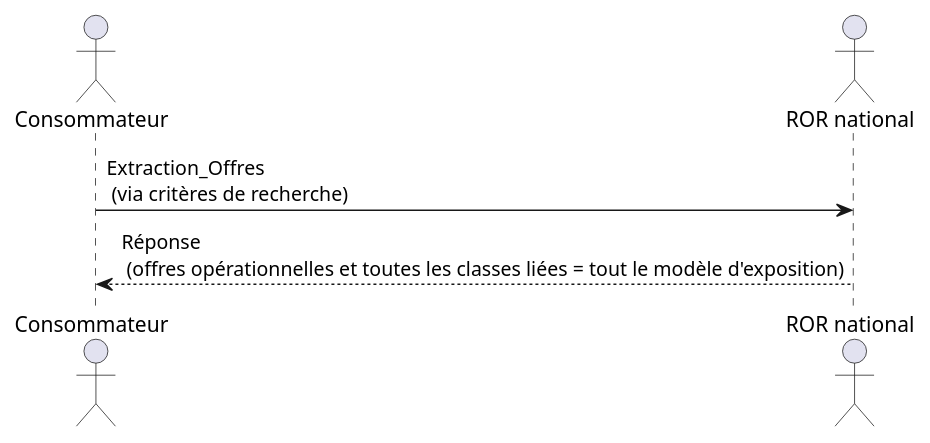
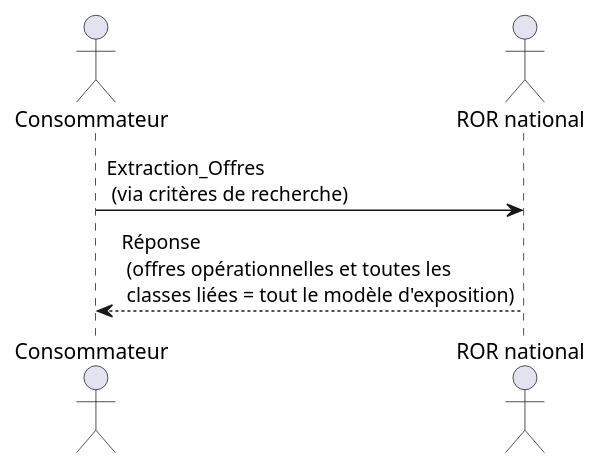
The diagram in input/images-source/extraction_offre_complete.plantuml (ansforge/IG-fhir-repertoire-offre-ressources-sante), drawn with PlantUML before and after one commit. The commit also changed 1 other file, not shown here.

```diff
--- a/input/images-source/extraction_offre_complete.plantuml
+++ b/input/images-source/extraction_offre_complete.plantuml
@@ -1,6 +1,6 @@
 @startuml extraction_offre_complete
 actor "Consommateur" as C
 actor "ROR national" as ROR
 C -> ROR : Extraction_Offres \n (via critères de recherche)
-ROR --> C : Réponse \n (offres opérationnelles et toutes les classes liées = tout le modèle d'exposition)
+ROR --> C : Réponse \n (offres opérationnelles et toutes les \n classes liées = tout le modèle d'exposition)
 @enduml
```
